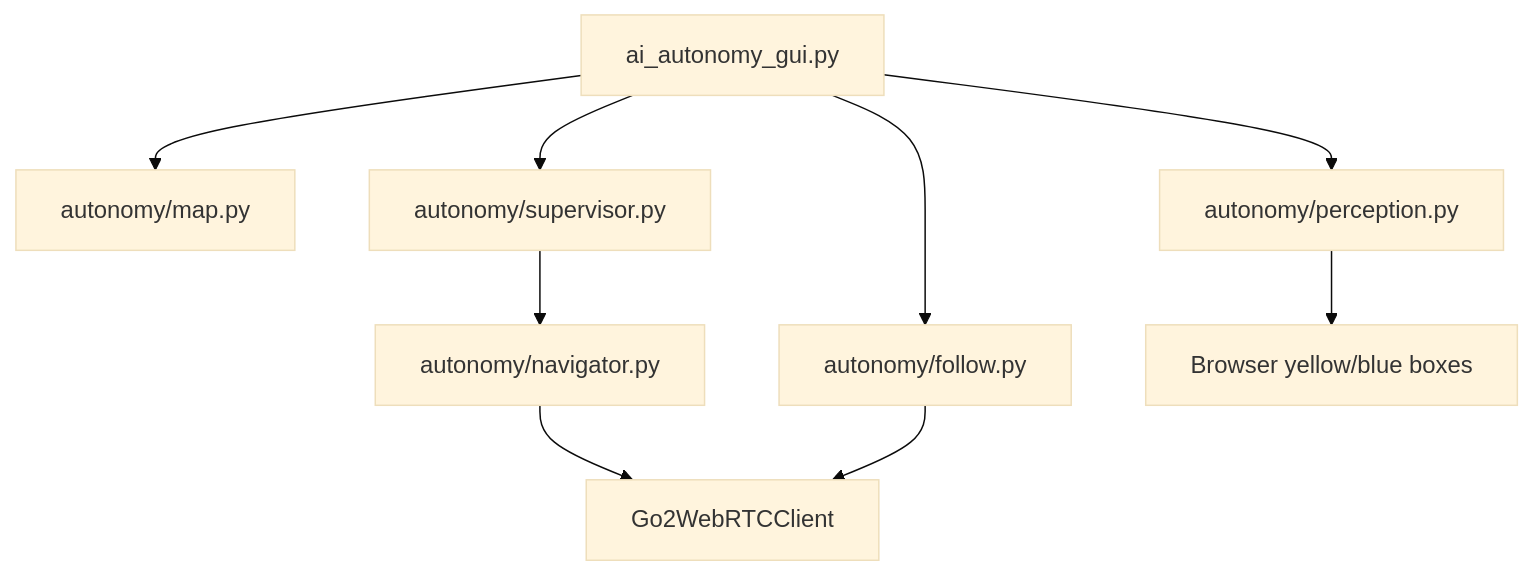
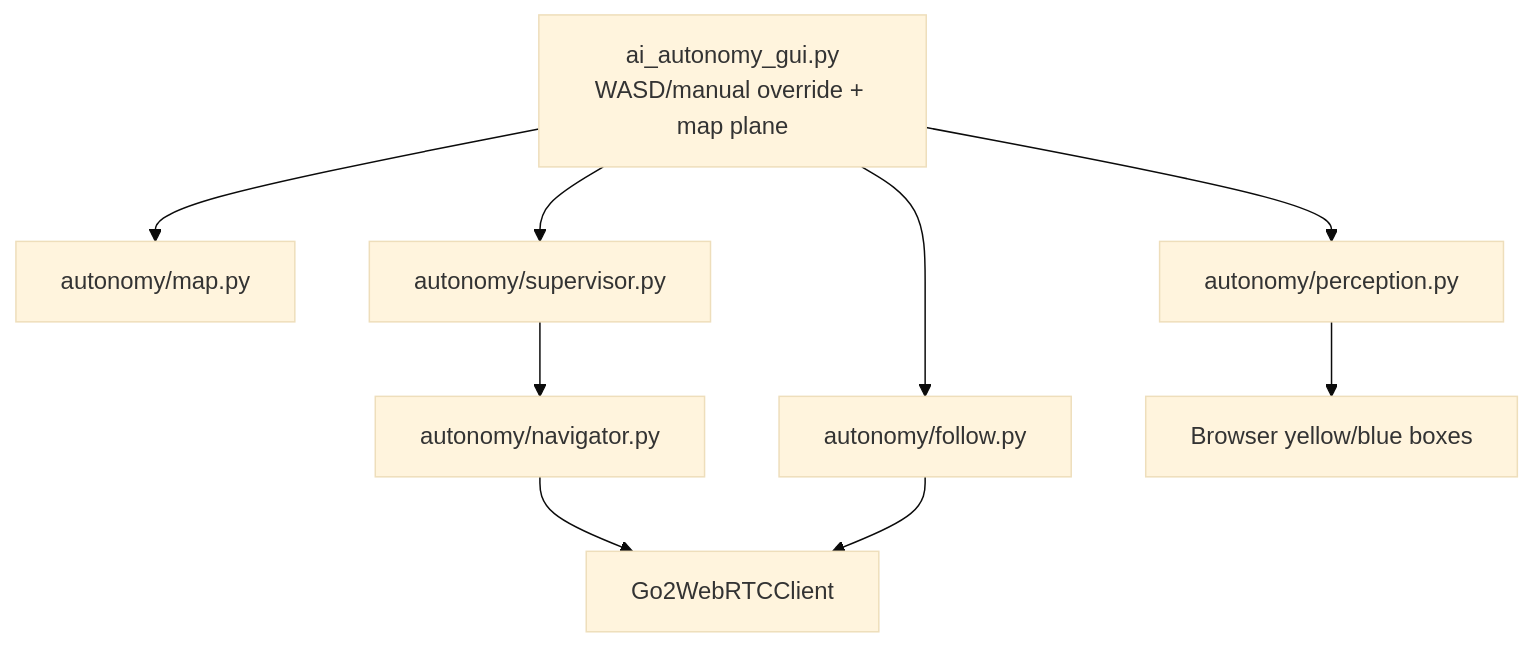
One commit to creeskis/go2_local_brain changed the sixth of 6 diagrams in docs/code_walkthrough.md. Above: the diagram before and after it, drawn with Mermaid (base theme). The commit also changed other lines of this file and 7 other files, not shown here.

````diff
--- a/docs/code_walkthrough.md
+++ b/docs/code_walkthrough.md
@@ -228,11 +228,11 @@
 ```mermaid
 flowchart TD
-    GUI["ai_autonomy_gui.py"] --> Map["autonomy/map.py"]
+    GUI["ai_autonomy_gui.py<br/>WASD/manual override + map plane"] --> Map["autonomy/map.py"]
     GUI --> Perception["autonomy/perception.py"]
     GUI --> Follow["autonomy/follow.py"]
     GUI --> Supervisor["autonomy/supervisor.py"]
     Supervisor --> Navigator["autonomy/navigator.py"]
     Navigator --> Driver["Go2WebRTCClient"]
     Follow --> Driver
     Perception --> Overlay["Browser yellow/blue boxes"]
 ```
````
